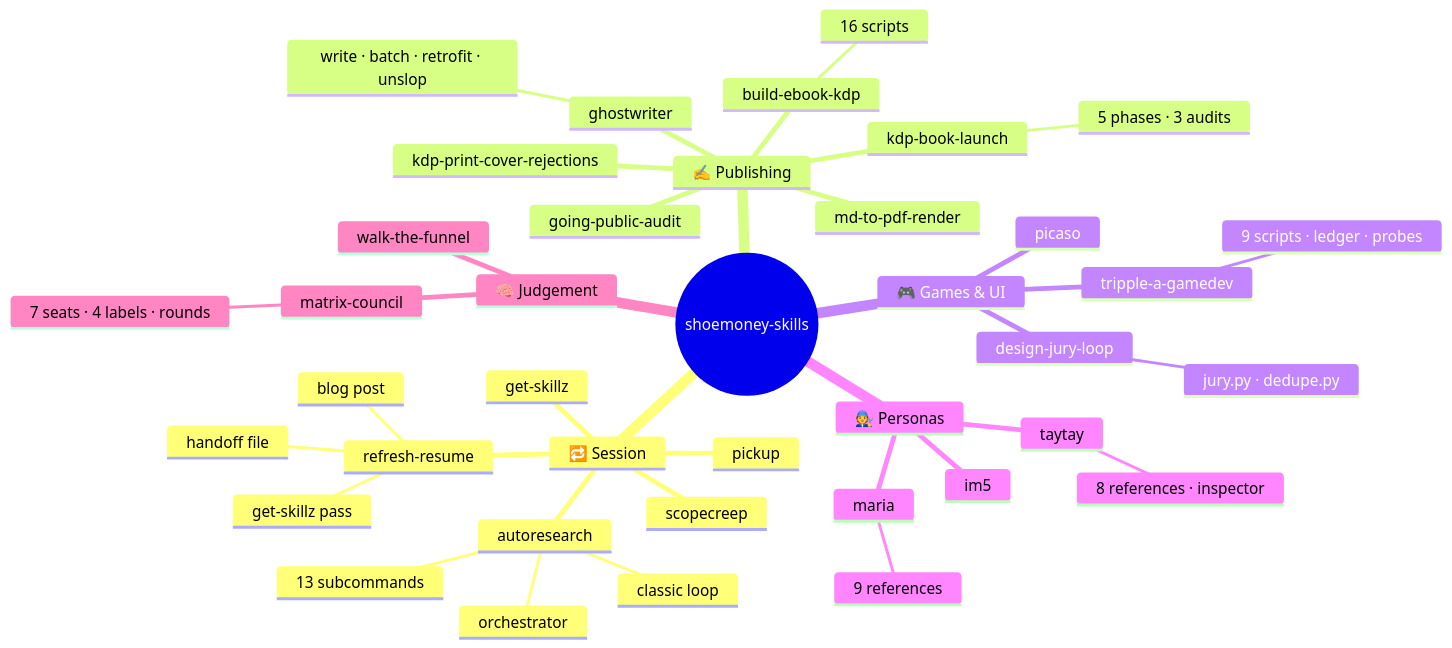
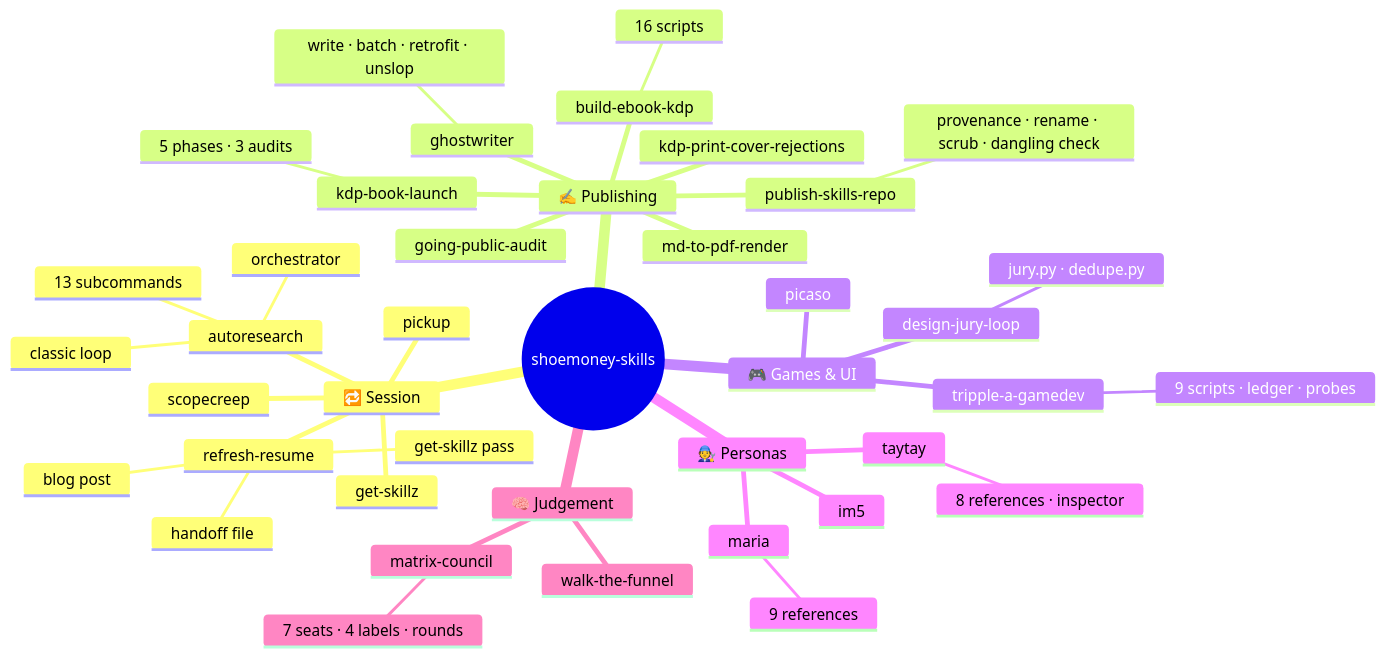
The second of 13 diagrams in README.md (shoemoney/shoemoney-skills), drawn with Mermaid before and after one commit. The commit also changed other lines of this file and 1 other file, not shown here.

Commit message:
feat: 📦 publish-skills-repo joins the vault — the skill this repo was curated with, twenty skills now

````diff
--- a/README.md
+++ b/README.md
@@ -144,42 +146,44 @@
 ```mermaid
 mindmap
   root((shoemoney-skills))
     🔁 Session
       refresh-resume
         get-skillz pass
         handoff file
         blog post
       pickup
       get-skillz
       scopecreep
       autoresearch
         classic loop
         orchestrator
         13 subcommands
     ✍️ Publishing
       ghostwriter
         write · batch · retrofit · unslop
       build-ebook-kdp
         16 scripts
       kdp-book-launch
         5 phases · 3 audits
       kdp-print-cover-rejections
       md-to-pdf-render
       going-public-audit
+      publish-skills-repo
+        provenance · rename · scrub · dangling check
     🎮 Games & UI
       tripple-a-gamedev
         9 scripts · ledger · probes
       picaso
       design-jury-loop
         jury.py · dedupe.py
     🧑‍🔧 Personas
       maria
         9 references
       taytay
         8 references · inspector
       im5
     🧠 Judgement
       matrix-council
         7 seats · 4 labels · rounds
       walk-the-funnel
 ```
````
